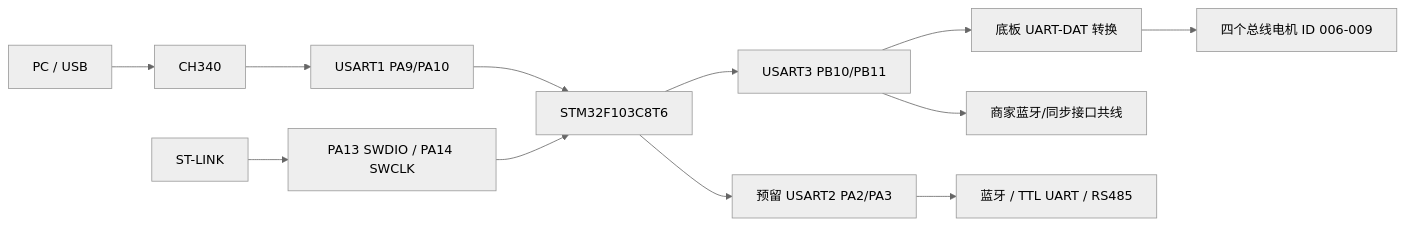
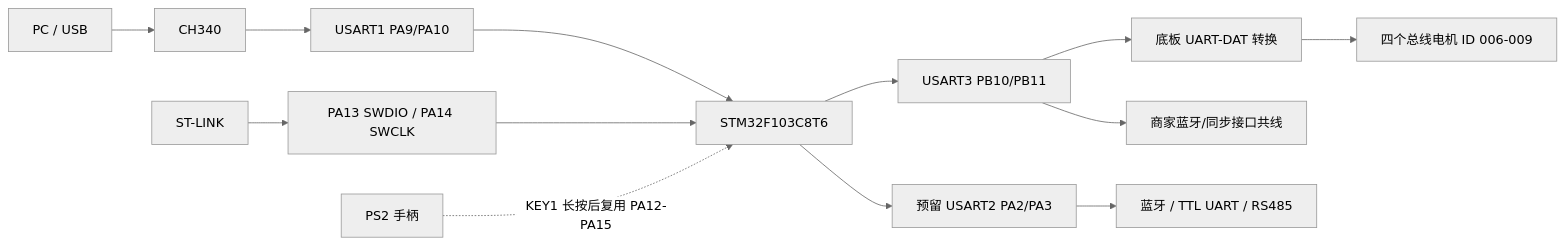
One commit to chbq/c5-car-playground changed the first of 2 diagrams in docs/hardware.md. Above: the diagram before and after it, drawn with Mermaid (neutral theme). The commit also changed other lines of this file and 2 other files, not shown here.

````diff
--- a/docs/hardware.md
+++ b/docs/hardware.md
@@ -23,14 +27,15 @@
 ```mermaid
 flowchart LR
     PC["PC / USB"] --> CH340["CH340"]
     CH340 --> U1["USART1 PA9/PA10"]
     U1 --> MCU["STM32F103C8T6"]
     MCU --> U3["USART3 PB10/PB11"]
     U3 --> DAT["底板 UART-DAT 转换"]
     DAT --> M["四个总线电机 ID 006-009"]
     U3 --> LEGACY["商家蓝牙/同步接口共线"]
     MCU --> U2["预留 USART2 PA2/PA3"]
     U2 --> EXT["蓝牙 / TTL UART / RS485"]
     SWD["ST-LINK"] --> DBG["PA13 SWDIO / PA14 SWCLK"]
     DBG --> MCU
+    PS2["PS2 手柄"] -. "KEY1 长按后复用 PA12-PA15" .-> MCU
 ```
````
